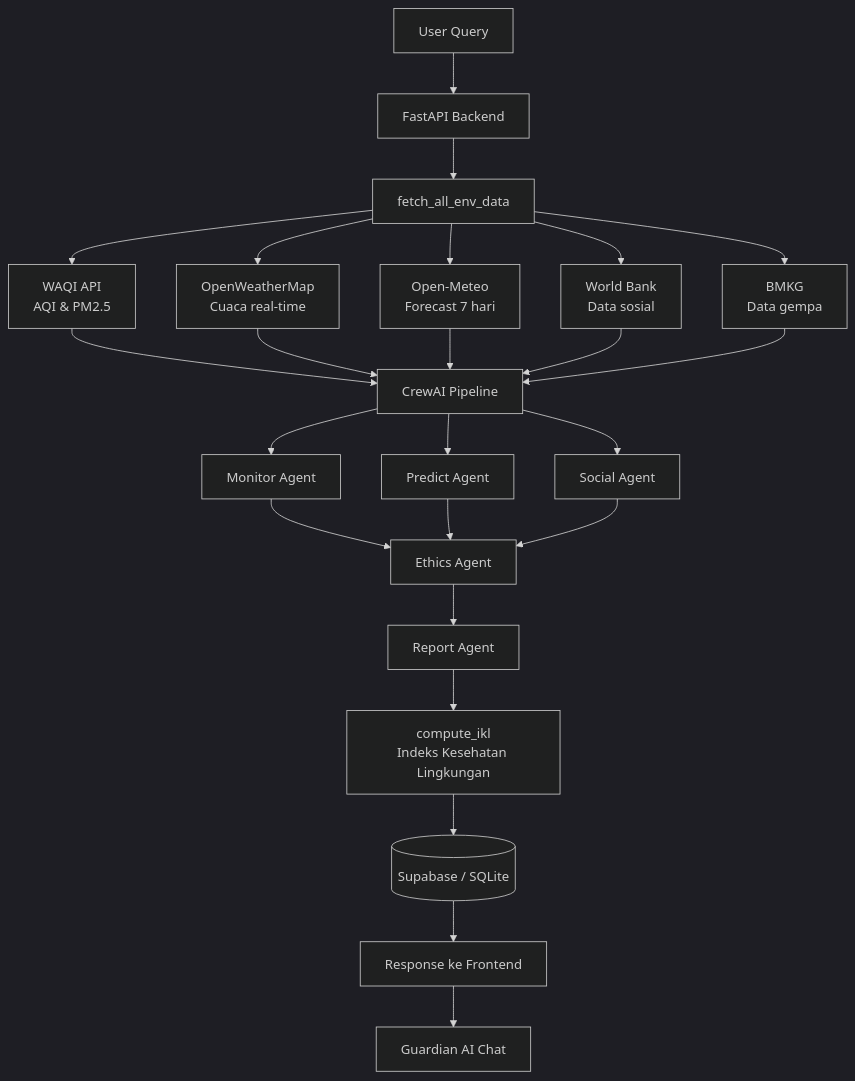
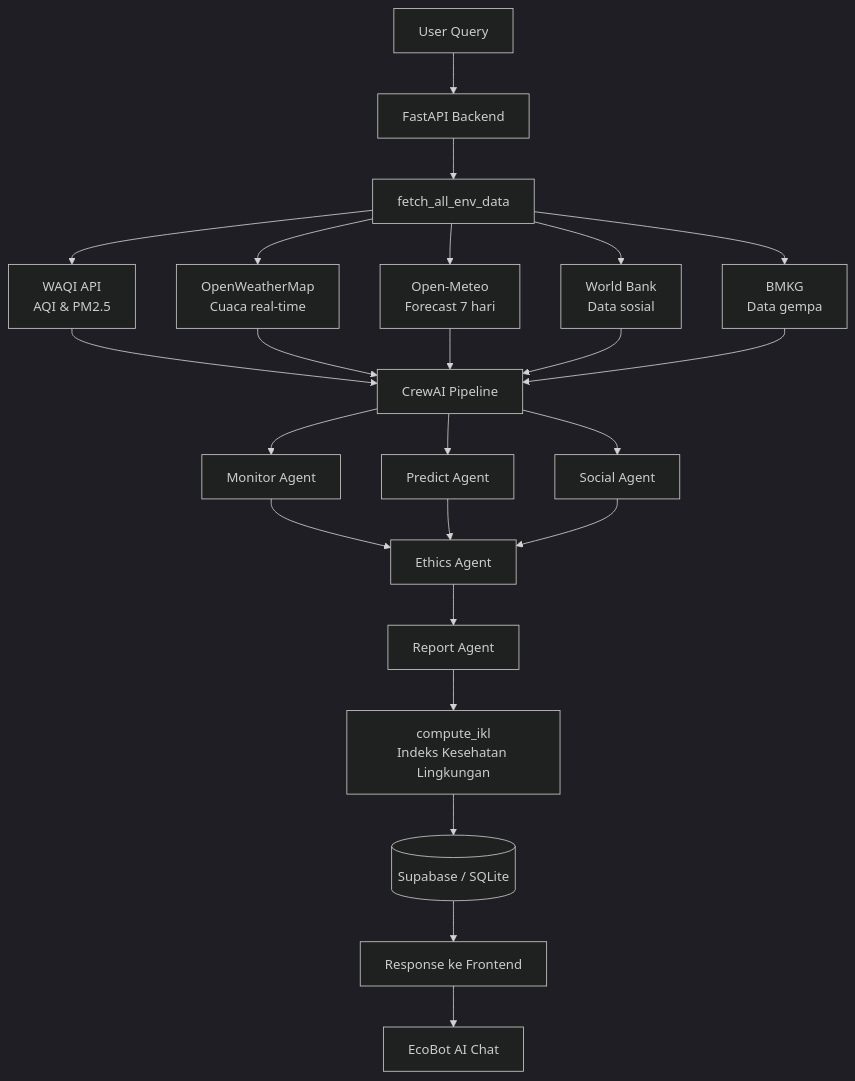
Before and after one commit to caseyshalom/EverGreen-AI: the diagram in README.md, drawn with Mermaid (dark theme). The commit also changed 1 other file, not shown here.

````diff
--- a/README.md
+++ b/README.md
@@ -23,25 +23,25 @@
 ```mermaid
 flowchart TD
     A[User Query] --> B[FastAPI Backend]
     B --> C[fetch_all_env_data]
 
     C --> C1[WAQI API\nAQI & PM2.5]
     C --> C2[OpenWeatherMap\nCuaca real-time]
     C --> C3[Open-Meteo\nForecast 7 hari]
     C --> C4[World Bank\nData sosial]
     C --> C5[BMKG\nData gempa]
 
     C1 & C2 & C3 & C4 & C5 --> D[CrewAI Pipeline]
 
     D --> E1[Monitor Agent]
     D --> E2[Predict Agent]
     D --> E3[Social Agent]
 
     E1 & E2 & E3 --> E4[Ethics Agent]
     E4 --> E5[Report Agent]
 
     E5 --> F[compute_ikl\nIndeks Kesehatan Lingkungan]
     F --> G[(Supabase / SQLite)]
     G --> H[Response ke Frontend]
-    H --> I[Guardian AI Chat]
+    H --> I[EcoBot AI Chat]
 ```
````
